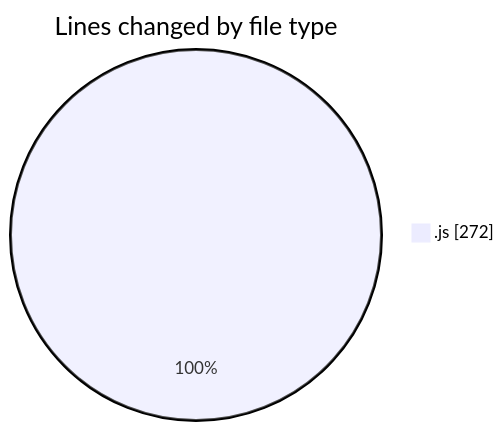
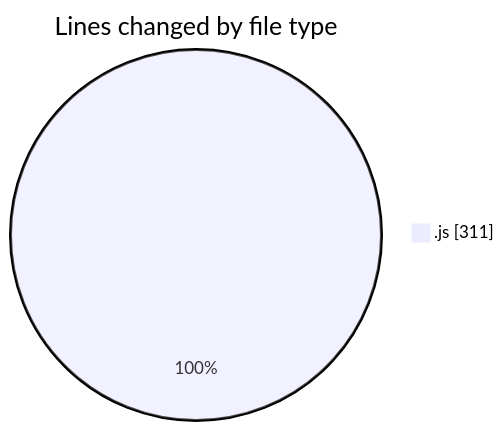
One commit to nxtqubesakshisongat/code-tracking changed the first of 2 diagrams in 2025-04-08/nxtqube_webapp/README.md. Above: the diagram before and after it, drawn with Mermaid. The commit also changed other lines of this file and 1 other file, not shown here.

````diff
--- a/2025-04-08/nxtqube_webapp/README.md
+++ b/2025-04-08/nxtqube_webapp/README.md
@@ -20,5 +20,5 @@
 ```mermaid
 pie showData
 title Lines changed by file type
-".js" : 272
+".js" : 311
 ```
````
